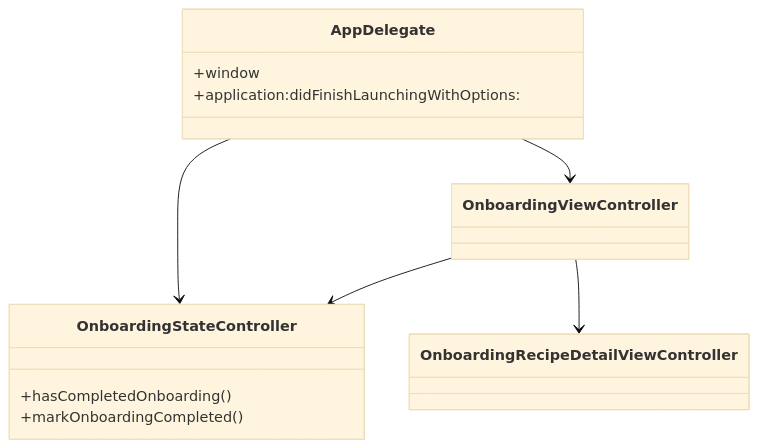
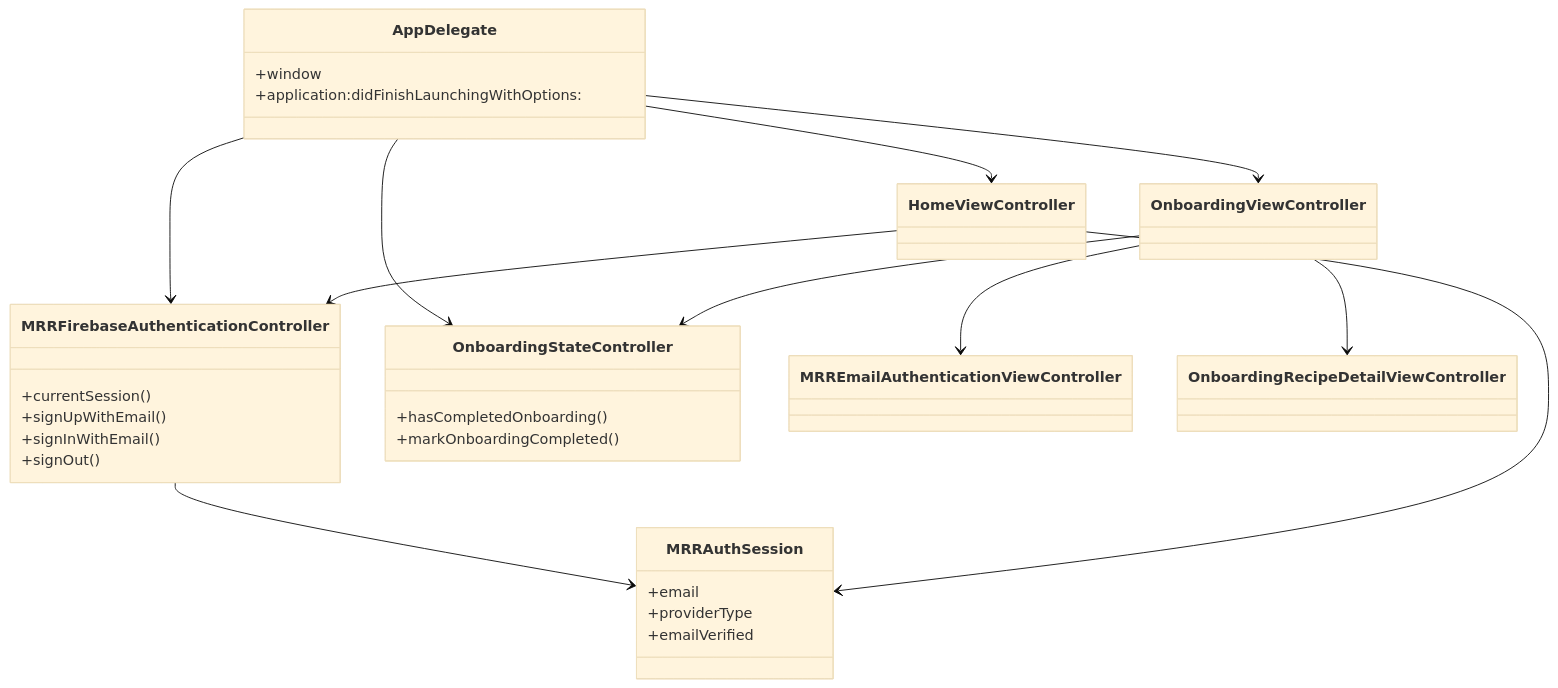
One commit to bengidev/ios-mrr-experiment changed the fifth of 6 diagrams in ARCHITECTURE.md. Above: the diagram before and after it, drawn with Mermaid (base theme). The commit also changed other lines of this file and 15 other files, not shown here.

````diff
--- a/ARCHITECTURE.md
+++ b/ARCHITECTURE.md
@@ -114,21 +173,44 @@
 ```mermaid
 classDiagram
   class AppDelegate {
     +window
     +application:didFinishLaunchingWithOptions:
+  }
+
+  class MRRFirebaseAuthenticationController {
+    +currentSession()
+    +signUpWithEmail()
+    +signInWithEmail()
+    +signOut()
+  }
+
+  class MRRAuthSession {
+    +email
+    +providerType
+    +emailVerified
   }
 
   class OnboardingStateController {
     +hasCompletedOnboarding()
     +markOnboardingCompleted()
   }
 
   class OnboardingViewController
 
+  class MRREmailAuthenticationViewController
+
+  class HomeViewController
+
   class OnboardingRecipeDetailViewController
 
+  AppDelegate --> MRRFirebaseAuthenticationController
+  MRRFirebaseAuthenticationController --> MRRAuthSession
   AppDelegate --> OnboardingStateController
   AppDelegate --> OnboardingViewController
+  AppDelegate --> HomeViewController
   OnboardingViewController --> OnboardingStateController
+  OnboardingViewController --> MRREmailAuthenticationViewController
   OnboardingViewController --> OnboardingRecipeDetailViewController
+  HomeViewController --> MRRFirebaseAuthenticationController
+  HomeViewController --> MRRAuthSession
 ```
````
